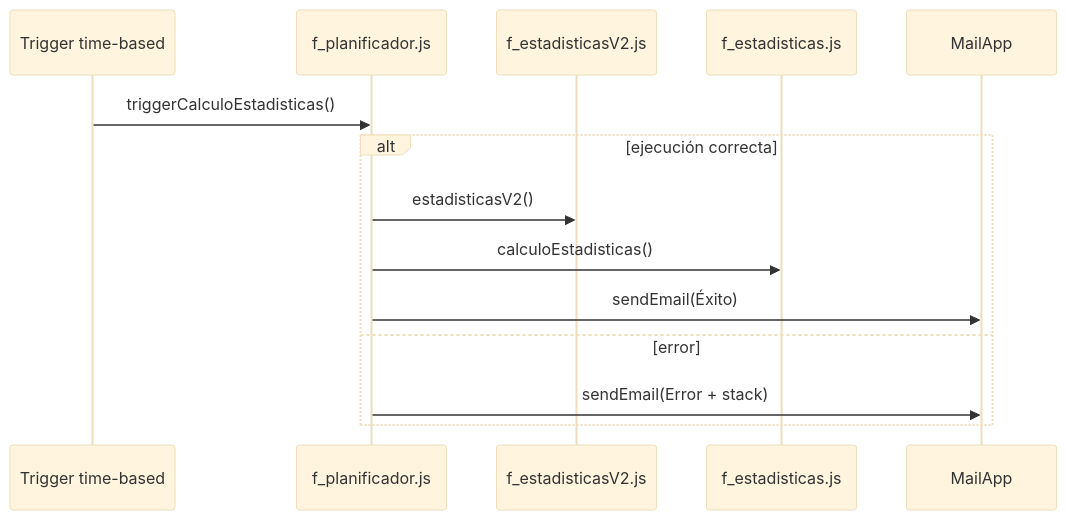
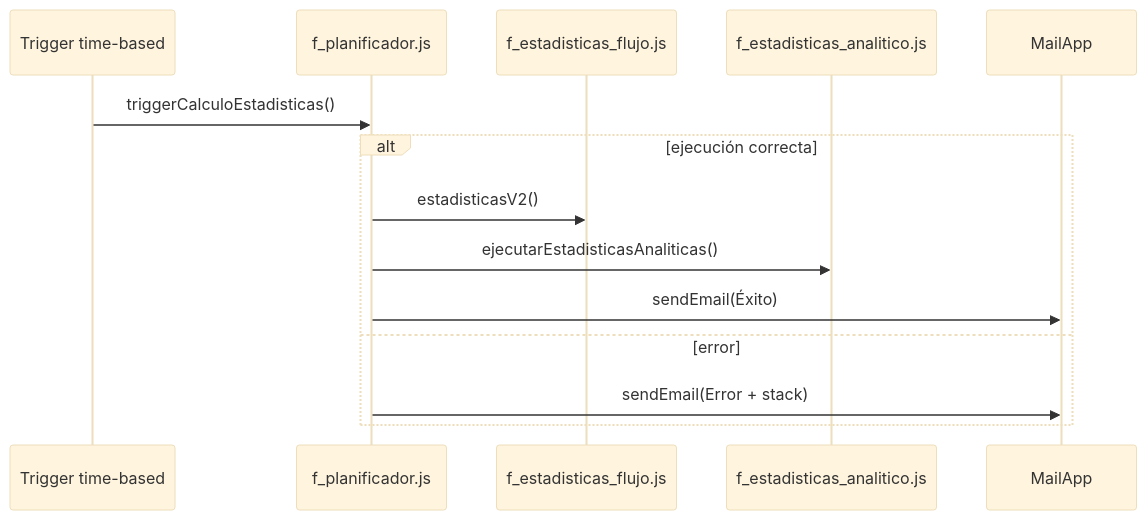
Before and after one commit to Luisky24/Gestion_Tareas_Susi: the seventh of 7 diagrams in docs/FLOWS.md, drawn with Mermaid (base theme). The commit also changed other lines of this file and 23 other files, not shown here.

Commit message:
Decomisado estadisticas V3 y renombradas V2 como flujo y V1 como estadisticas

````diff
--- a/docs/FLOWS.md
+++ b/docs/FLOWS.md
@@ -328,16 +328,16 @@
 ```mermaid
 sequenceDiagram
   participant Tr as Trigger time-based
   participant Pl as f_planificador.js
-  participant V2 as f_estadisticasV2.js
-  participant Sem as f_estadisticas.js
+  participant V2 as f_estadisticas_flujo.js
+  participant Sem as f_estadisticas_analitico.js
   participant Mail as MailApp
   Tr->>Pl: triggerCalculoEstadisticas()
   alt ejecución correcta
     Pl->>V2: estadisticasV2()
-    Pl->>Sem: calculoEstadisticas()
+    Pl->>Sem: ejecutarEstadisticasAnaliticas()
     Pl->>Mail: sendEmail(Éxito)
   else error
     Pl->>Mail: sendEmail(Error + stack)
   end
 ```
````
